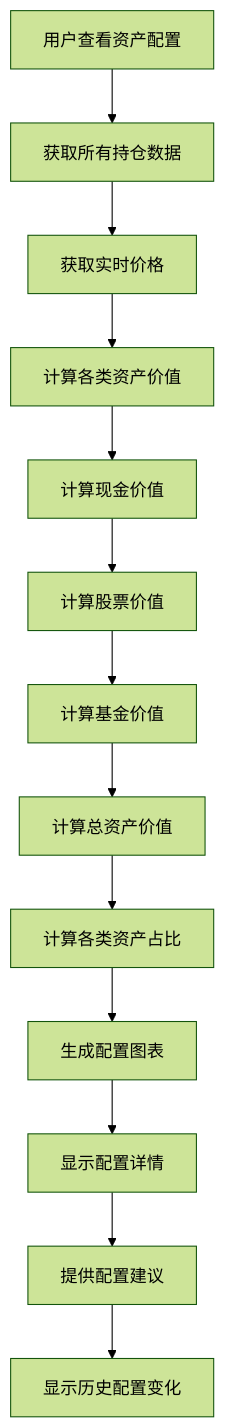
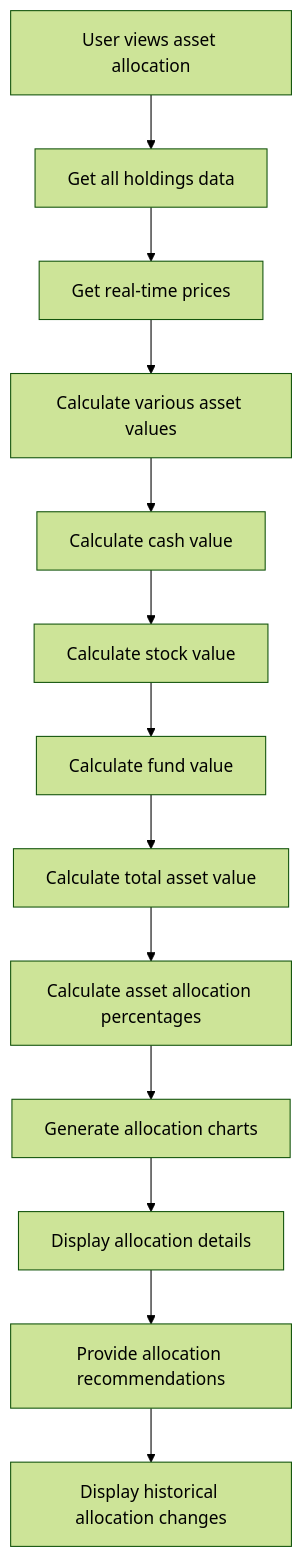
One commit to CDKStudy/Portfolio_Manager changed diagram 13 of 20 in FLOWCHARTS.md. Above: the diagram before and after it, drawn with Mermaid (forest theme). The commit also changed other lines of this file, not shown here.

Commit message:
update flowchart

````diff
--- a/FLOWCHARTS.md
+++ b/FLOWCHARTS.md
@@ -317,15 +317,15 @@
 ```mermaid
 flowchart TD
-    A[用户查看资产配置] --> B[获取所有持仓数据]
-    B --> C[获取实时价格]
-    C --> D[计算各类资产价值]
-    D --> E[计算现金价值]
-    E --> F[计算股票价值]
-    F --> G[计算基金价值]
-    G --> H[计算总资产价值]
-    H --> I[计算各类资产占比]
-    I --> J[生成配置图表]
-    J --> K[显示配置详情]
-    K --> L[提供配置建议]
-    L --> M[显示历史配置变化]
+    A[User views asset allocation] --> B[Get all holdings data]
+    B --> C[Get real-time prices]
+    C --> D[Calculate various asset values]
+    D --> E[Calculate cash value]
+    E --> F[Calculate stock value]
+    F --> G[Calculate fund value]
+    G --> H[Calculate total asset value]
+    H --> I[Calculate asset allocation percentages]
+    I --> J[Generate allocation charts]
+    J --> K[Display allocation details]
+    K --> L[Provide allocation recommendations]
+    L --> M[Display historical allocation changes]
 ```
````
